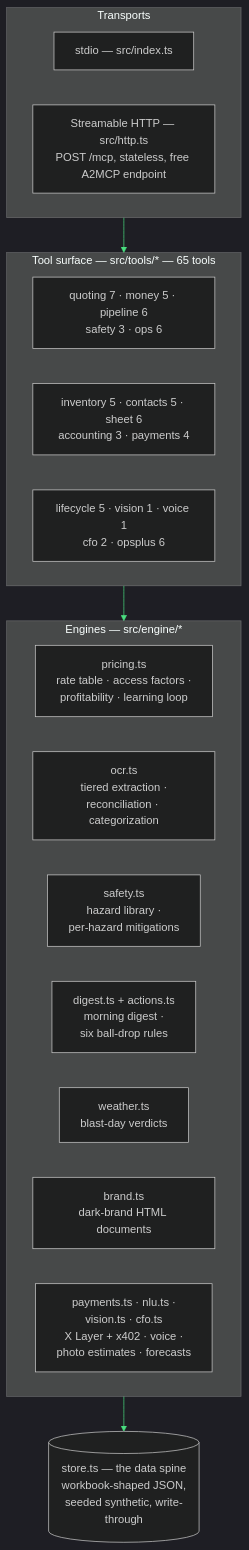
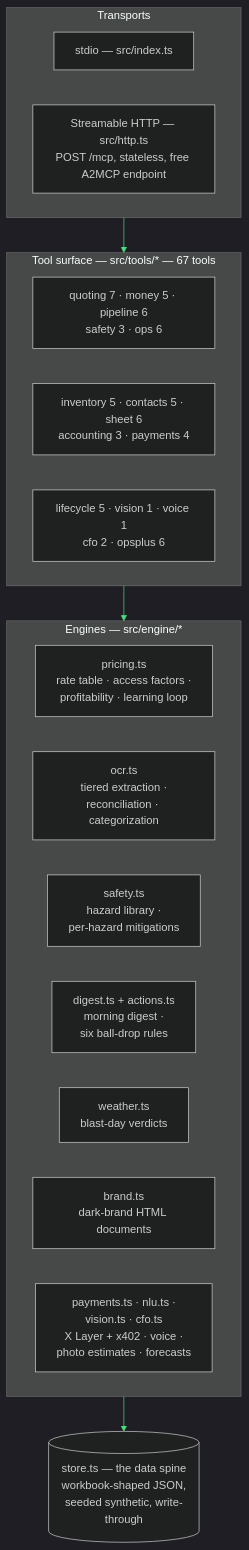
The diagram in docs/ARCHITECTURE.md (kr8tiv-ai/evolved), drawn with Mermaid before and after one commit. The commit also changed other lines of this file and 13 other files, not shown here.

````diff
--- a/docs/ARCHITECTURE.md
+++ b/docs/ARCHITECTURE.md
@@ -10,24 +10,24 @@
 ```mermaid
 %%{init: {"theme": "dark", "themeVariables": {"primaryColor": "#101010", "primaryBorderColor": "#4ade80", "primaryTextColor": "#f3f4f6", "lineColor": "#4ade80"}}}%%
 flowchart TB
     subgraph transports [Transports]
         A[stdio — src/index.ts]
         B[Streamable HTTP — src/http.ts<br>POST /mcp, stateless, free A2MCP endpoint]
     end
-    subgraph surface [Tool surface — src/tools/* — 65 tools]
+    subgraph surface [Tool surface — src/tools/* — 67 tools]
         Q[quoting 7 · money 5 · pipeline 6<br>safety 3 · ops 6]
         R[inventory 5 · contacts 5 · sheet 6<br>accounting 3 · payments 4]
         S2[lifecycle 5 · vision 1 · voice 1<br>cfo 2 · opsplus 6]
     end
     subgraph engines [Engines — src/engine/*]
         E1[pricing.ts<br>rate table · access factors ·<br>profitability · learning loop]
         E2[ocr.ts<br>tiered extraction ·<br>reconciliation · categorization]
         E3[safety.ts<br>hazard library ·<br>per-hazard mitigations]
         E4[digest.ts + actions.ts<br>morning digest ·<br>six ball-drop rules]
         E5[weather.ts<br>blast-day verdicts]
         E6[brand.ts<br>dark-brand HTML documents]
         E7[payments.ts · nlu.ts ·<br>vision.ts · cfo.ts<br>X Layer + x402 · voice ·<br>photo estimates · forecasts]
     end
     D[(store.ts — the data spine<br>workbook-shaped JSON,<br>seeded synthetic, write-through)]
     transports --> surface --> engines --> D
 ```
````
